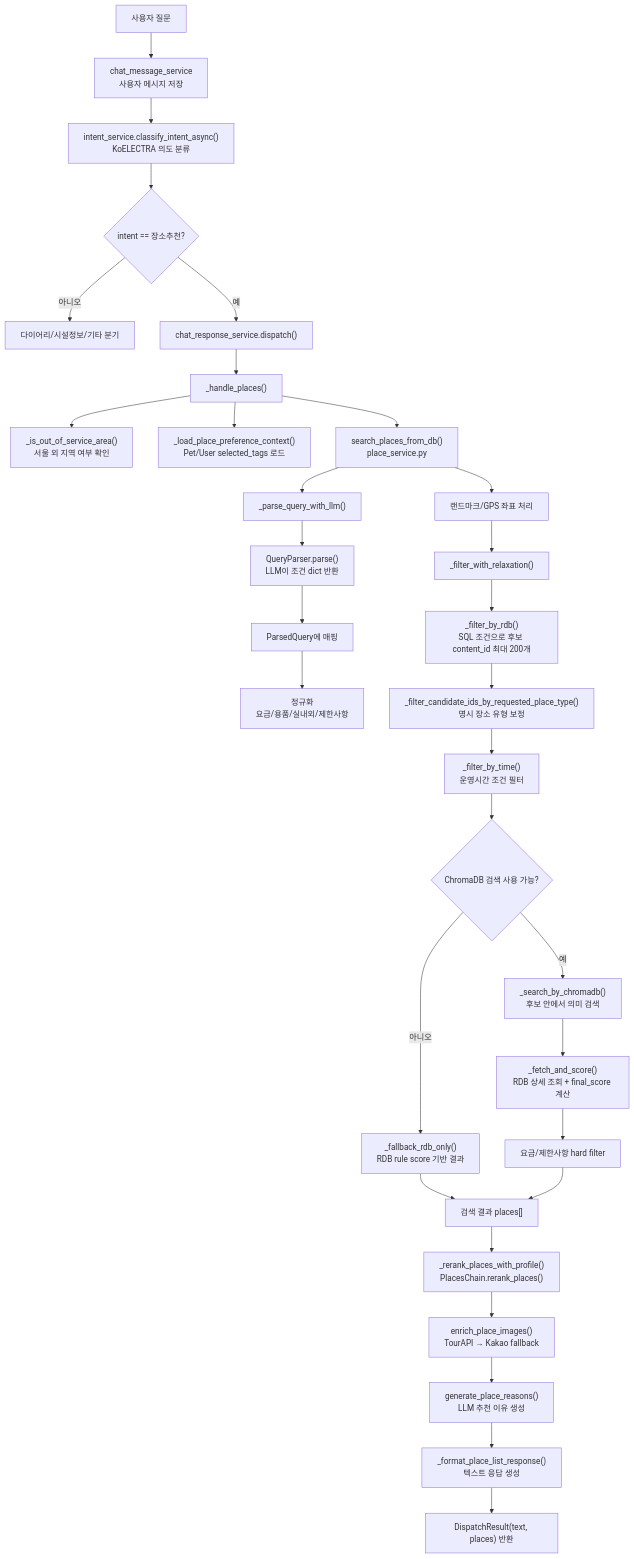
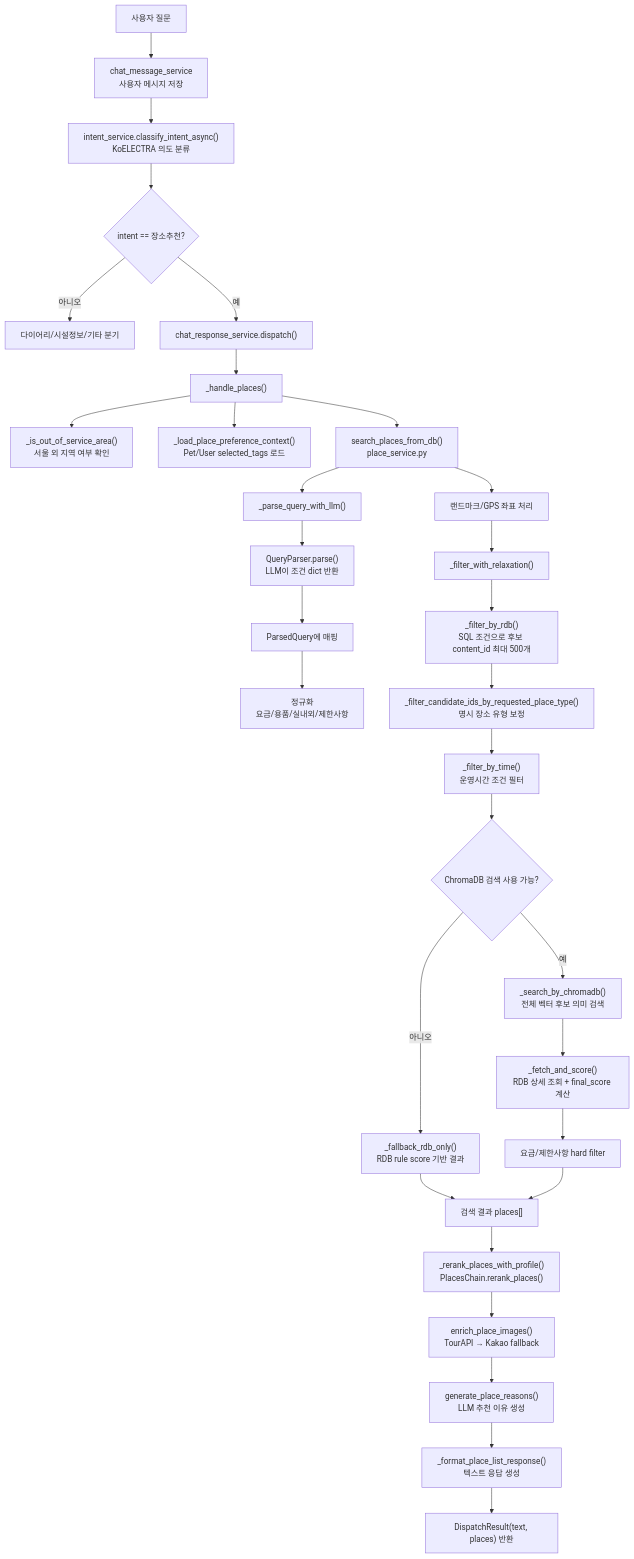
Before and after one commit to SKNETWORKS-FAMILY-AICAMP/SKN23-FINAL-3Team: the diagram in deliverables/04_modeling/장소추천_로직_상세정리.md, drawn with Mermaid. The commit also changed other lines of this file and 4 other files, not shown here.

````diff
--- a/deliverables/04_modeling/장소추천_로직_상세정리.md
+++ b/deliverables/04_modeling/장소추천_로직_상세정리.md
@@ -31,39 +31,39 @@
 ```mermaid
 flowchart TD
     A["사용자 질문"] --> B["chat_message_service<br/>사용자 메시지 저장"]
     B --> C["intent_service.classify_intent_async()<br/>KoELECTRA 의도 분류"]
     C --> D{"intent == 장소추천?"}
 
     D -->|아니오| X["다이어리/시설정보/기타 분기"]
     D -->|예| E["chat_response_service.dispatch()"]
     E --> F["_handle_places()"]
 
     F --> G["_is_out_of_service_area()<br/>서울 외 지역 여부 확인"]
     F --> H["_load_place_preference_context()<br/>Pet/User selected_tags 로드"]
     F --> I["search_places_from_db()<br/>place_service.py"]
 
     I --> J["_parse_query_with_llm()"]
     J --> K["QueryParser.parse()<br/>LLM이 조건 dict 반환"]
     K --> L["ParsedQuery에 매핑"]
     L --> M["정규화<br/>요금/용품/실내외/제한사항"]
 
     I --> N["랜드마크/GPS 좌표 처리"]
     N --> O["_filter_with_relaxation()"]
-    O --> P["_filter_by_rdb()<br/>SQL 조건으로 후보 content_id 최대 200개"]
+    O --> P["_filter_by_rdb()<br/>SQL 조건으로 후보 content_id 최대 500개"]
     P --> Q["_filter_candidate_ids_by_requested_place_type()<br/>명시 장소 유형 보정"]
     Q --> R["_filter_by_time()<br/>운영시간 조건 필터"]
 
     R --> S{"ChromaDB 검색 사용 가능?"}
     S -->|아니오| T["_fallback_rdb_only()<br/>RDB rule score 기반 결과"]
-    S -->|예| U["_search_by_chromadb()<br/>후보 안에서 의미 검색"]
+    S -->|예| U["_search_by_chromadb()<br/>전체 벡터 후보 의미 검색"]
     U --> V["_fetch_and_score()<br/>RDB 상세 조회 + final_score 계산"]
     V --> W["요금/제한사항 hard filter"]
     T --> Y["검색 결과 places[]"]
     W --> Y
 
     Y --> Z["_rerank_places_with_profile()<br/>PlacesChain.rerank_places()"]
     Z --> AA["enrich_place_images()<br/>TourAPI → Kakao fallback"]
     AA --> AB["generate_place_reasons()<br/>LLM 추천 이유 생성"]
     AB --> AC["_format_place_list_response()<br/>텍스트 응답 생성"]
     AC --> AD["DispatchResult(text, places) 반환"]
 ```
````
